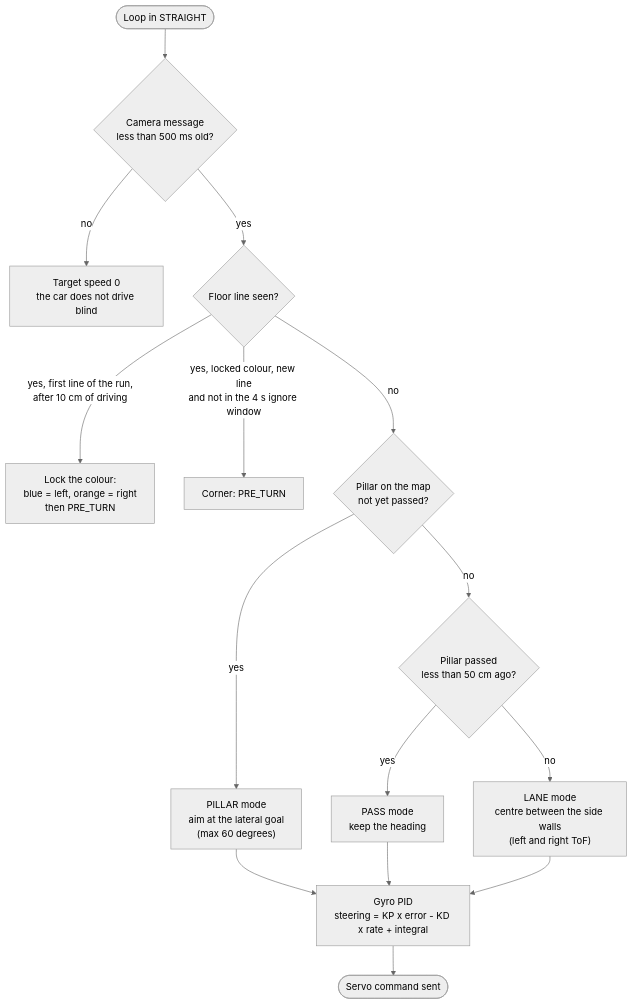
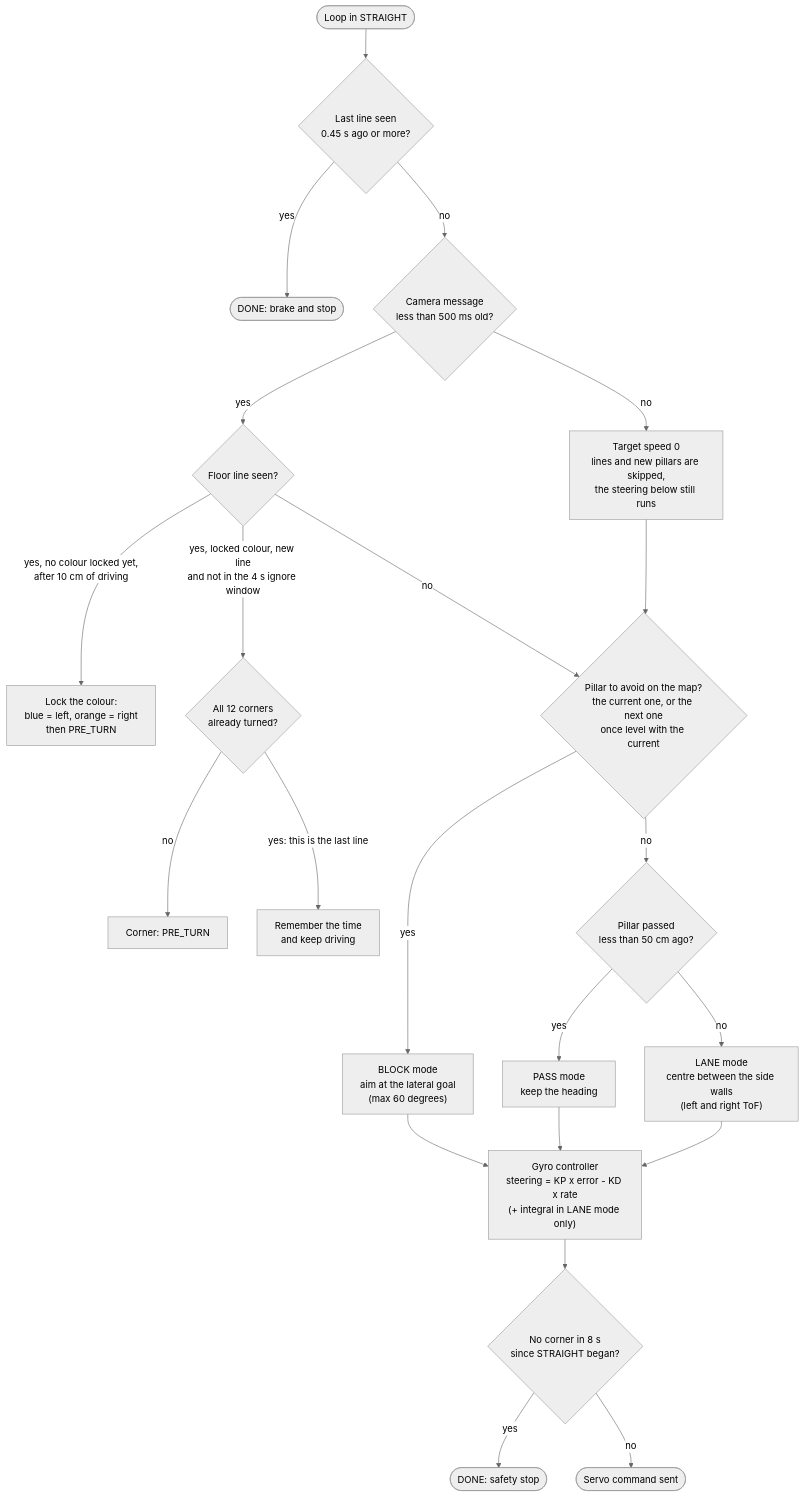
Before and after one commit to henryalejandrorieraloza-sudo/WRO-2026-Future-Engineers-Journal: the second of 2 diagrams in src/obstacle-challenge/obstacle_challenge/README.md, drawn with Mermaid (neutral theme). The commit also changed other lines of this file and 2 other files, not shown here.

Commit message:
Docs: flow diagrams checked against the code (v1.9.21)
Claude-Session: https://claude.ai/code/session_01P9CceZPYmt7YkMwWMr3rCT

````diff
--- a/src/obstacle-challenge/obstacle_challenge/README.md
+++ b/src/obstacle-challenge/obstacle_challenge/README.md
@@ -153,17 +153,24 @@
 ```mermaid
 flowchart TD
-    A([Loop in STRAIGHT]) --> B{Camera message<br>less than 500 ms old?}
-    B -- no --> Z[Target speed 0<br>the car does not drive blind]
-    B -- yes --> C{Floor line seen?}
-    C -- "yes, first line of the run,<br>after 10 cm of driving" --> D["Lock the colour:<br>blue = left, orange = right<br>then PRE_TURN"]
-    C -- "yes, locked colour, new line<br>and not in the 4 s ignore window" --> E["Corner: PRE_TURN"]
-    C -- no --> F{Pillar on the map<br>not yet passed?}
-    F -- yes --> G["PILLAR mode<br>aim at the lateral goal<br>(max 60 degrees)"]
-    F -- no --> H{Pillar passed<br>less than 50 cm ago?}
+    A([Loop in STRAIGHT]) --> A0{"Last line seen<br>0.45 s ago or more?"}
+    A0 -- yes --> Z0([DONE: brake and stop])
+    A0 -- no --> B{"Camera message<br>less than 500 ms old?"}
+    B -- no --> Z["Target speed 0<br>lines and new pillars are skipped,<br>the steering below still runs"]
+    B -- yes --> C{"Floor line seen?"}
+    C -- "yes, no colour locked yet,<br>after 10 cm of driving" --> D["Lock the colour:<br>blue = left, orange = right<br>then PRE_TURN"]
+    C -- "yes, locked colour, new line<br>and not in the 4 s ignore window" --> E{"All 12 corners<br>already turned?"}
+    E -- no --> E1["Corner: PRE_TURN"]
+    E -- "yes: this is the last line" --> E2["Remember the time<br>and keep driving"]
+    C -- no --> F{"Pillar to avoid on the map?<br>the current one, or the next one<br>once level with the current"}
+    Z --> F
+    F -- yes --> G["BLOCK mode<br>aim at the lateral goal<br>(max 60 degrees)"]
+    F -- no --> H{"Pillar passed<br>less than 50 cm ago?"}
     H -- yes --> I["PASS mode<br>keep the heading"]
     H -- no --> J["LANE mode<br>centre between the side walls<br>(left and right ToF)"]
-    G --> K["Gyro PID<br>steering = KP x error - KD x rate + integral"]
+    G --> K["Gyro controller<br>steering = KP x error - KD x rate<br>(+ integral in LANE mode only)"]
     I --> K
     J --> K
-    K --> L([Servo command sent])
+    K --> M{"No corner in 8 s<br>since STRAIGHT began?"}
+    M -- yes --> Z1([DONE: safety stop])
+    M -- no --> L([Servo command sent])
 ```
````
